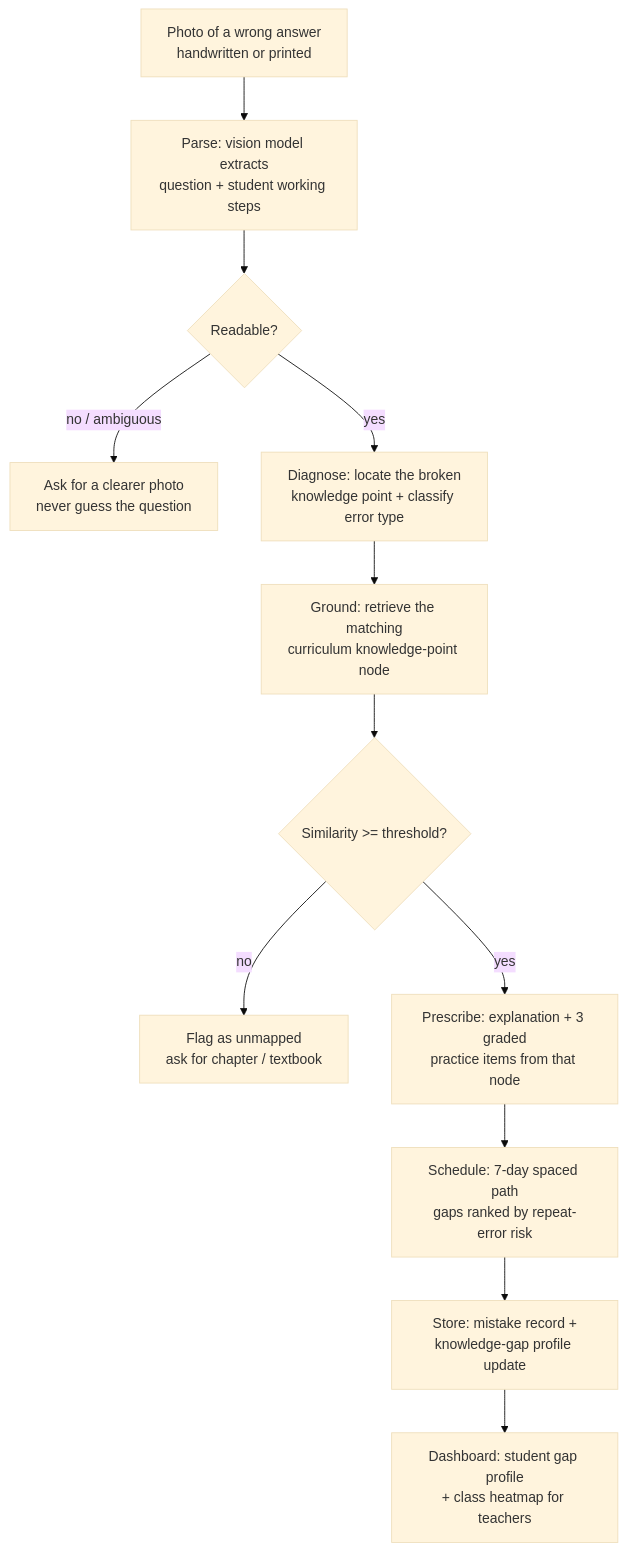
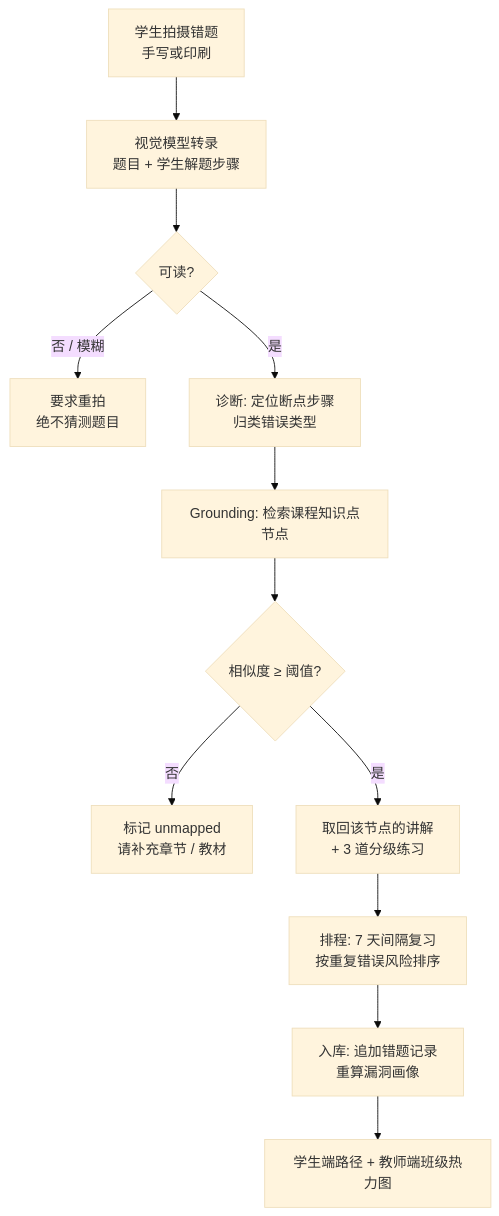
One commit to Hkate777/pathfinder-agent-edu changed the diagram in README.md. Above: the diagram before and after it, drawn with Mermaid (base theme). The commit also changed other lines of this file and 19 other files, not shown here.

````diff
--- a/README.md
+++ b/README.md
@@ -11,14 +67,14 @@
 ```mermaid
 flowchart TD
-    A[Photo of a wrong answer<br/>handwritten or printed] --> B[Parse: vision model extracts<br/>question + student working steps]
-    B --> C{Readable?}
-    C -- "no / ambiguous" --> X[Ask for a clearer photo<br/>never guess the question]
-    C -- yes --> D[Diagnose: locate the broken<br/>knowledge point + classify error type]
-    D --> E[Ground: retrieve the matching<br/>curriculum knowledge-point node]
-    E --> F{Similarity >= threshold?}
-    F -- "no" --> Y[Flag as unmapped<br/>ask for chapter / textbook]
-    F -- yes --> G[Prescribe: explanation + 3 graded<br/>practice items from that node]
-    G --> H[Schedule: 7-day spaced path<br/>gaps ranked by repeat-error risk]
-    H --> I[Store: mistake record +<br/>knowledge-gap profile update]
-    I --> J[Dashboard: student gap profile<br/>+ class heatmap for teachers]
+    A[学生拍摄错题<br/>手写或印刷] --> B[视觉模型转录<br/>题目 + 学生解题步骤]
+    B --> C{可读?}
+    C -- 否 / 模糊 --> X[要求重拍<br/>绝不猜测题目]
+    C -- 是 --> D[诊断: 定位断点步骤<br/>归类错误类型]
+    D --> E[Grounding: 检索课程知识点节点]
+    E --> F{相似度 ≥ 阈值?}
+    F -- 否 --> Y[标记 unmapped<br/>请补充章节 / 教材]
+    F -- 是 --> G[取回该节点的讲解<br/>+ 3 道分级练习]
+    G --> H[排程: 7 天间隔复习<br/>按重复错误风险排序]
+    H --> I[入库: 追加错题记录<br/>重算漏洞画像]
+    I --> J[学生端路径 + 教师端班级热力图]
 ```
````
